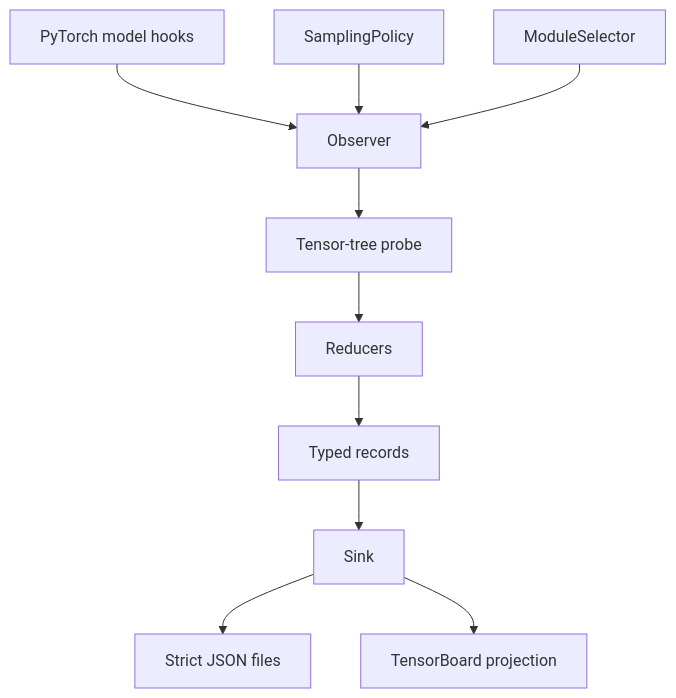
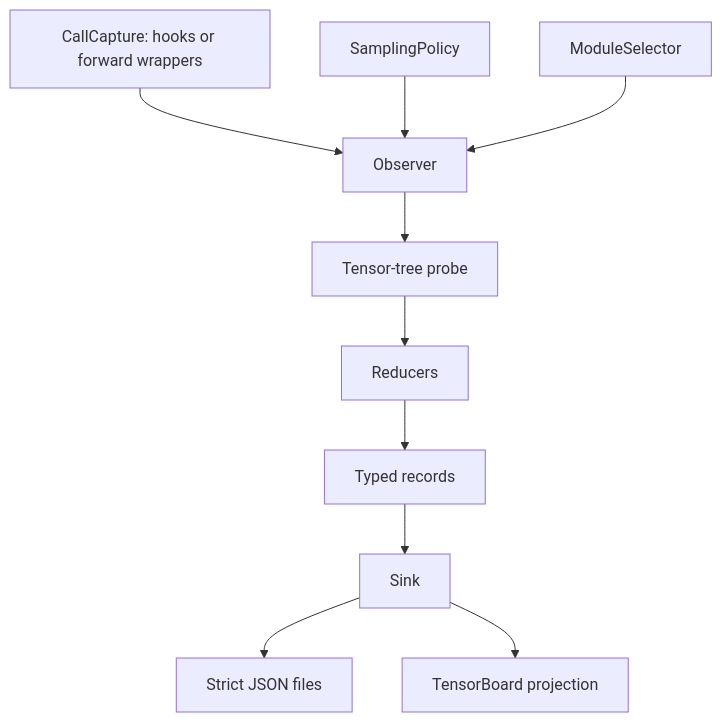
Before and after one commit to Red-Eyed/torchinstruments: the diagram in docs/design.md, drawn with Mermaid. The commit also changed other lines of this file and 14 other files, not shown here.

First line of the commit message:
Support direct forward-call capture

````diff
--- a/docs/design.md
+++ b/docs/design.md
@@ -63,12 +64,12 @@
 ```mermaid
 flowchart TD
-    H[PyTorch model hooks] --> O[Observer]
+    C[CallCapture: hooks or forward wrappers] --> O[Observer]
     SP[SamplingPolicy] --> O
     MS[ModuleSelector] --> O
     O --> P[Tensor-tree probe]
     P --> R[Reducers]
     R --> REC[Typed records]
     REC --> S[Sink]
     S --> J[Strict JSON files]
     S --> TB[TensorBoard projection]
 ```
````
